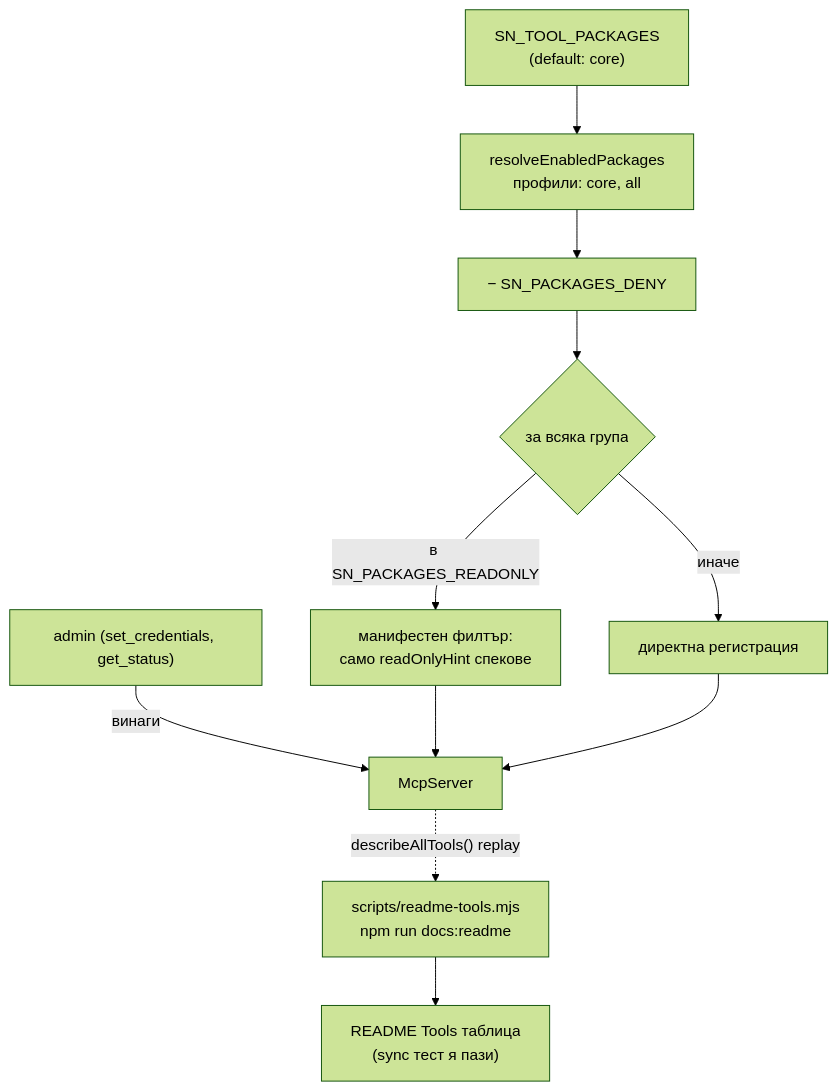
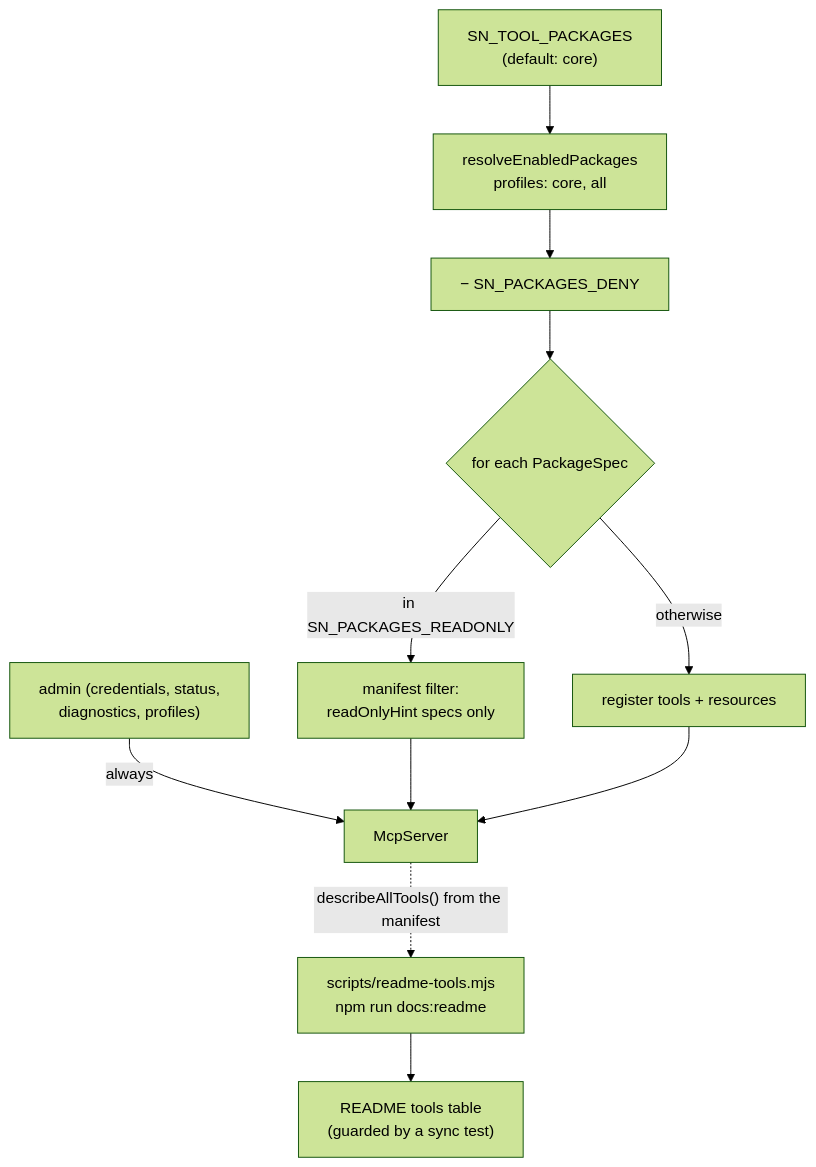
The fifth of 5 diagrams in ARCHITECTURE.md (IvanBBaev/servicenow-mcp-ai), drawn with Mermaid (forest theme) before and after one commit. The commit also changed other lines of this file and 4 other files, not shown here.

First line of the commit message:
docs: translate CHANGELOG, TODO, PRODUCT-STATE, ARCHITECTURE, DONE to English

````diff
--- a/ARCHITECTURE.md
+++ b/ARCHITECTURE.md
@@ -166,13 +167,13 @@
 ```mermaid
 flowchart TD
-    ENV["SN_TOOL_PACKAGES<br/>(default: core)"] --> RESOLVE["resolveEnabledPackages<br/>профили: core, all"]
+    ENV["SN_TOOL_PACKAGES<br/>(default: core)"] --> RESOLVE["resolveEnabledPackages<br/>profiles: core, all"]
     RESOLVE --> MINUS["− SN_PACKAGES_DENY"]
-    MINUS --> LOOP{"за всяка група"}
-    LOOP -- "в SN_PACKAGES_READONLY" --> FACADE["манифестен филтър:<br/>само readOnlyHint спекове"]
-    LOOP -- иначе --> DIRECT["директна регистрация"]
-    ADMIN["admin (set_credentials, get_status)"] -- винаги --> SRV["McpServer"]
+    MINUS --> LOOP{"for each PackageSpec"}
+    LOOP -- "in SN_PACKAGES_READONLY" --> FACADE["manifest filter:<br/>readOnlyHint specs only"]
+    LOOP -- otherwise --> DIRECT["register tools + resources"]
+    ADMIN["admin (credentials, status,<br/>diagnostics, profiles)"] -- always --> SRV["McpServer"]
     FACADE --> SRV
     DIRECT --> SRV
-    SRV -. "describeAllTools() replay" .-> GEN["scripts/readme-tools.mjs<br/>npm run docs:readme"]
-    GEN --> RMD["README Tools таблица<br/>(sync тест я пази)"]
+    SRV -. "describeAllTools() from the manifest" .-> GEN["scripts/readme-tools.mjs<br/>npm run docs:readme"]
+    GEN --> RMD["README tools table<br/>(guarded by a sync test)"]
 ```
````
